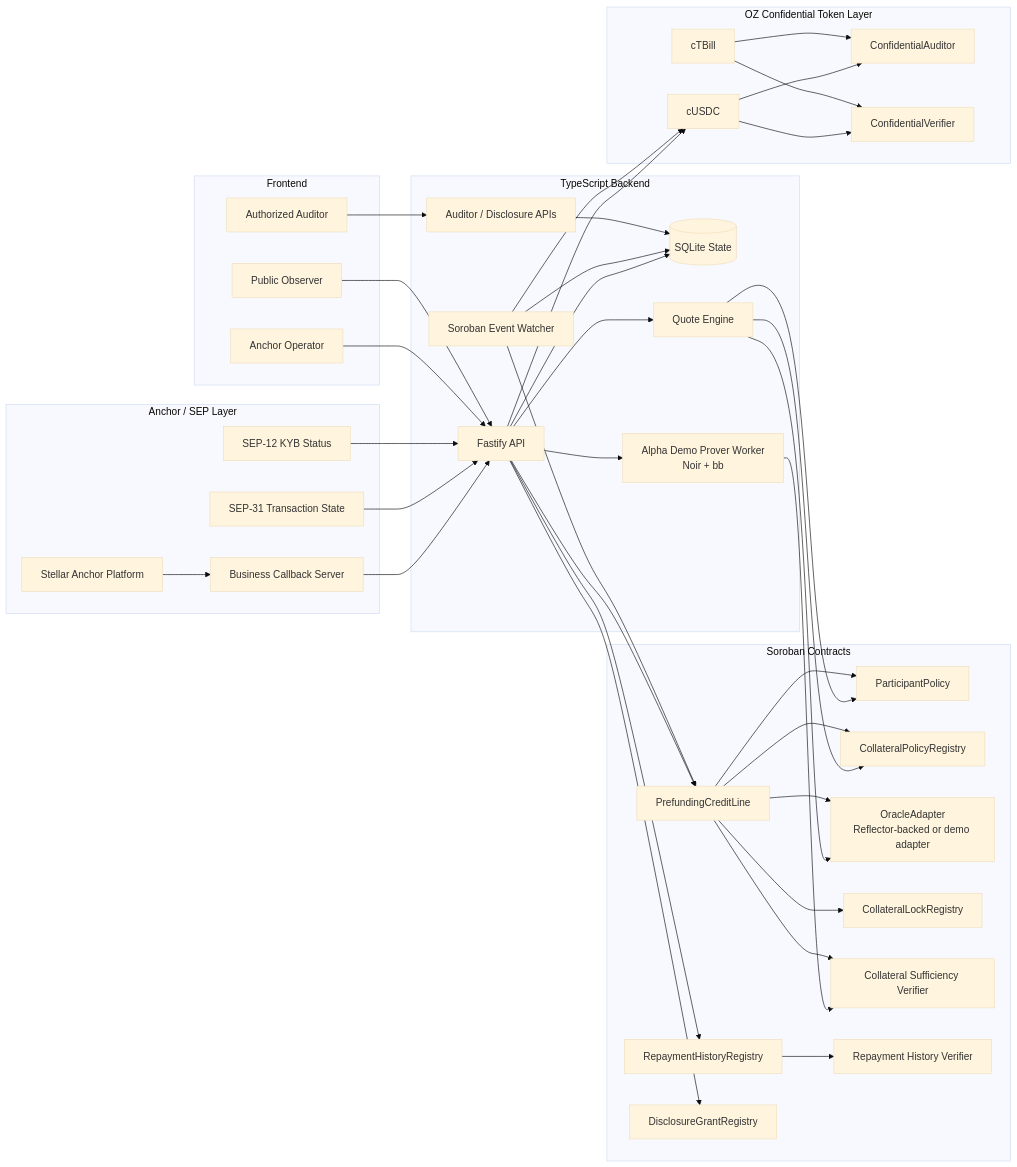
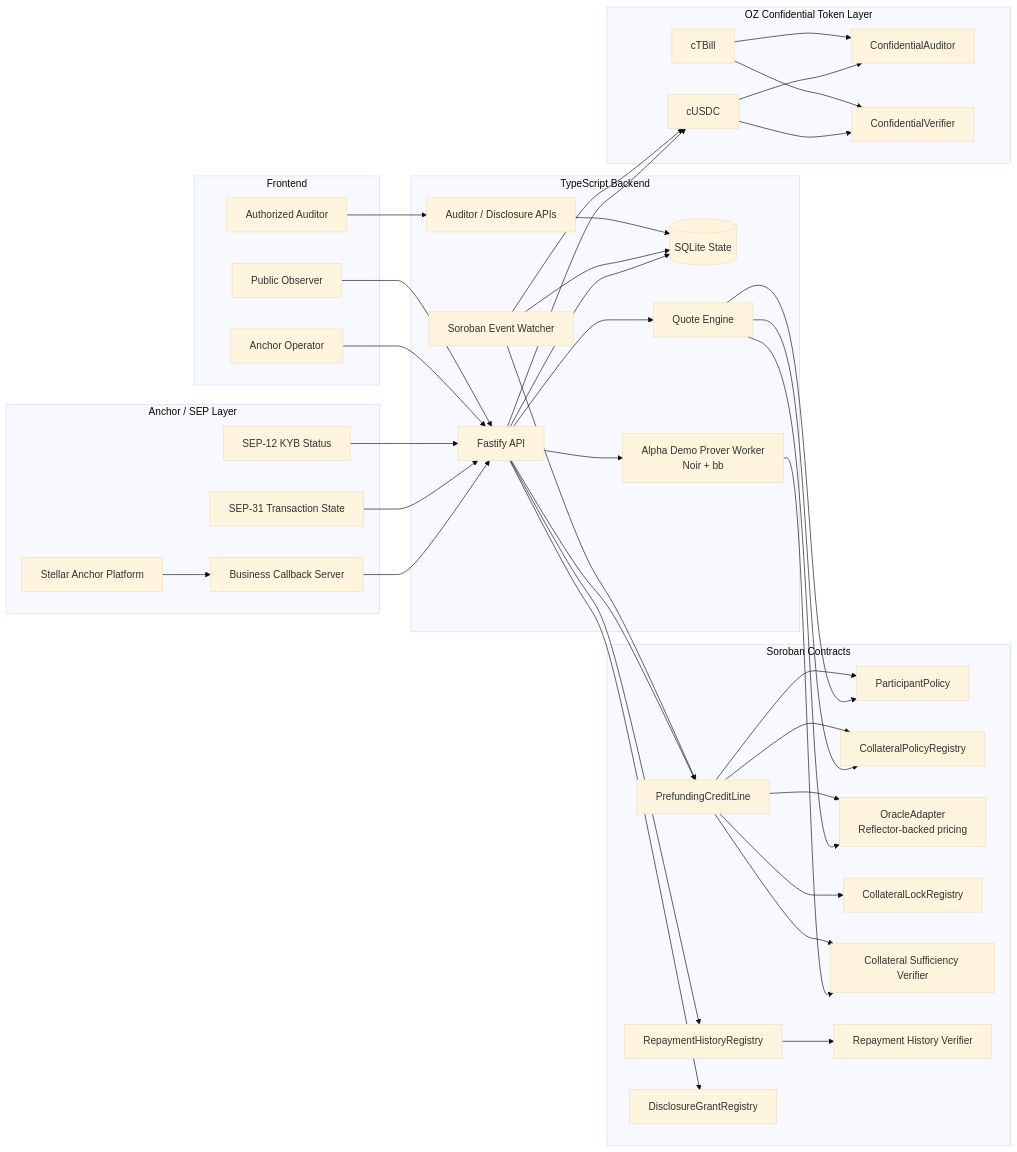
One commit to soumyacodes007/nyxfinance changed the diagram in README.md. Above: the diagram before and after it, drawn with Mermaid (base theme). The commit also changed other lines of this file, not shown here.

````diff
--- a/README.md
+++ b/README.md
@@ -87,76 +87,76 @@
 ```mermaid
 flowchart LR
   subgraph Anchor["Anchor / SEP Layer"]
     AP["Stellar Anchor Platform"]
     BS["Business Callback Server"]
     SEP31["SEP-31 Transaction State"]
     SEP12["SEP-12 KYB Status"]
   end
 
   subgraph Backend["TypeScript Backend"]
     API["Fastify API"]
     DB[("SQLite State")]
     Watcher["Soroban Event Watcher"]
     Prover["Alpha Demo Prover Worker<br/>Noir + bb"]
     Quote["Quote Engine"]
     AuditorAPI["Auditor / Disclosure APIs"]
   end
 
   subgraph Contracts["Soroban Contracts"]
     PP["ParticipantPolicy"]
     CPR["CollateralPolicyRegistry"]
-    OA["OracleAdapter<br/>Reflector-backed or demo adapter"]
+    OA["OracleAdapter<br/>Reflector-backed pricing"]
     CLR["CollateralLockRegistry"]
     PCL["PrefundingCreditLine"]
     RH["RepaymentHistoryRegistry"]
     DG["DisclosureGrantRegistry"]
     V1["Collateral Sufficiency Verifier"]
     V2["Repayment History Verifier"]
   end
 
   subgraph Confidential["OZ Confidential Token Layer"]
     CUSDC["cUSDC"]
     CTBILL["cTBill"]
     AUD["ConfidentialAuditor"]
     VER["ConfidentialVerifier"]
   end
 
   subgraph UI["Frontend"]
     Operator["Anchor Operator"]
     Observer["Public Observer"]
     Auditor["Authorized Auditor"]
   end
 
   AP --> BS
   BS --> API
   SEP31 --> API
   SEP12 --> API
   API --> DB
   API --> Quote
   Quote --> PP
   Quote --> CPR
   Quote --> OA
   API --> Prover
   Prover --> V1
   API --> PCL
   PCL --> PP
   PCL --> CPR
   PCL --> OA
   PCL --> CLR
   PCL --> V1
   API --> CUSDC
   API --> RH
   RH --> V2
   API --> DG
   Watcher --> PCL
   Watcher --> CUSDC
   Watcher --> DB
   CUSDC --> AUD
   CUSDC --> VER
   CTBILL --> AUD
   CTBILL --> VER
   Operator --> API
   Observer --> API
   Auditor --> AuditorAPI
   AuditorAPI --> DB
 ```
````
